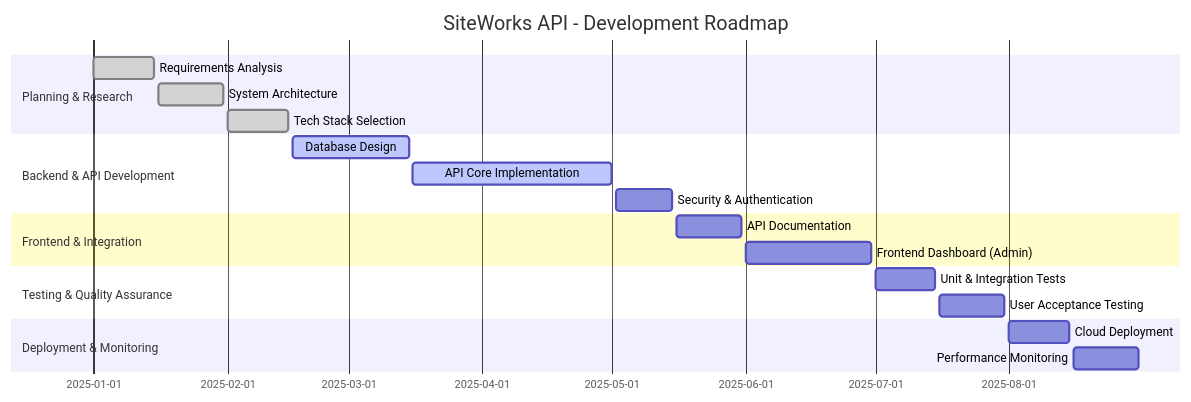
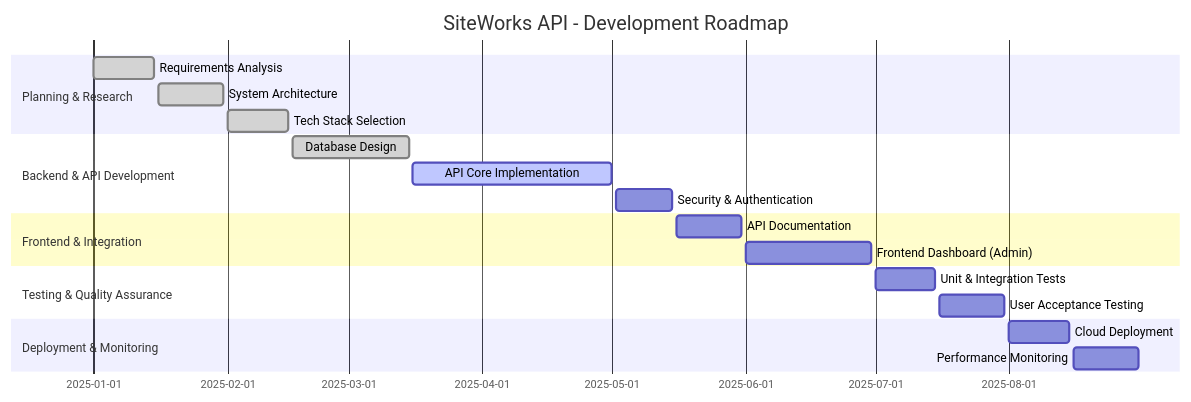
The diagram in docs/system-docs/roadmap.md (rui202212/siteworks-api-docs), drawn with Mermaid before and after one commit. The commit also changed 1 other file, not shown here.

````diff
--- a/docs/system-docs/roadmap.md
+++ b/docs/system-docs/roadmap.md
@@ -19,26 +19,26 @@
 ```mermaid
 gantt
     title SiteWorks API - Development Roadmap
     dateFormat  YYYY-MM-DD
     section Planning & Research
     Requirements Analysis      :done, 2025-01-01, 2025-01-15
     System Architecture        :done, 2025-01-16, 2025-01-31
     Tech Stack Selection       :done, 2025-02-01, 2025-02-15
 
     section Backend & API Development
-    Database Design            :active, 2025-02-16, 2025-03-15
+    Database Design            :done, 2025-02-16, 2025-03-15
     API Core Implementation    :active, 2025-03-16, 2025-05-01
     Security & Authentication  :2025-05-02, 2025-05-15
 
     section Frontend & Integration
     API Documentation          :2025-05-16, 2025-05-31
     Frontend Dashboard (Admin) :2025-06-01, 2025-06-30
 
     section Testing & Quality Assurance
     Unit & Integration Tests   :2025-07-01, 2025-07-15
     User Acceptance Testing    :2025-07-16, 2025-07-31
 
     section Deployment & Monitoring
     Cloud Deployment           :2025-08-01, 2025-08-15
     Performance Monitoring     :2025-08-16, 2025-08-31
 ```
````
